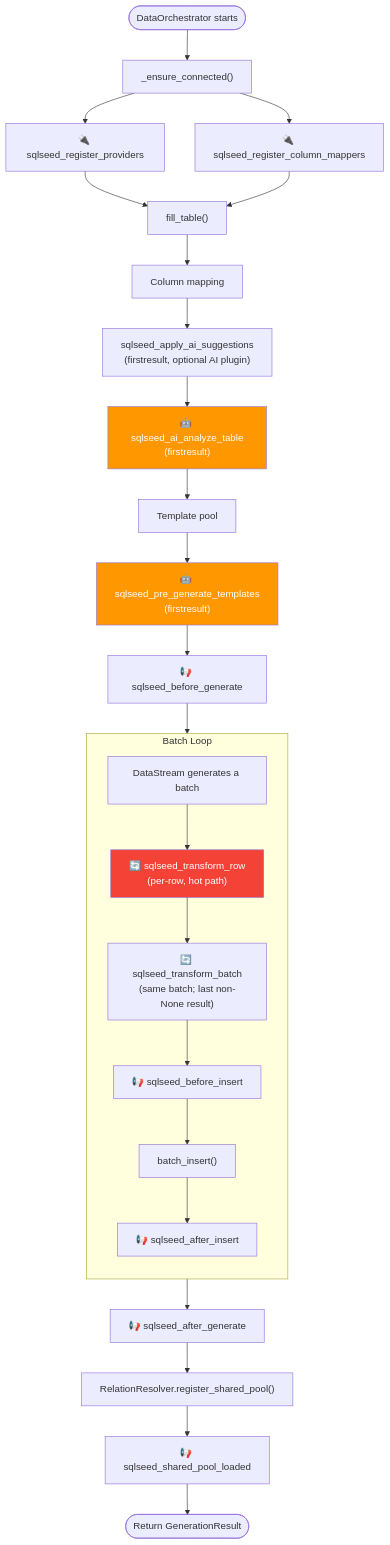
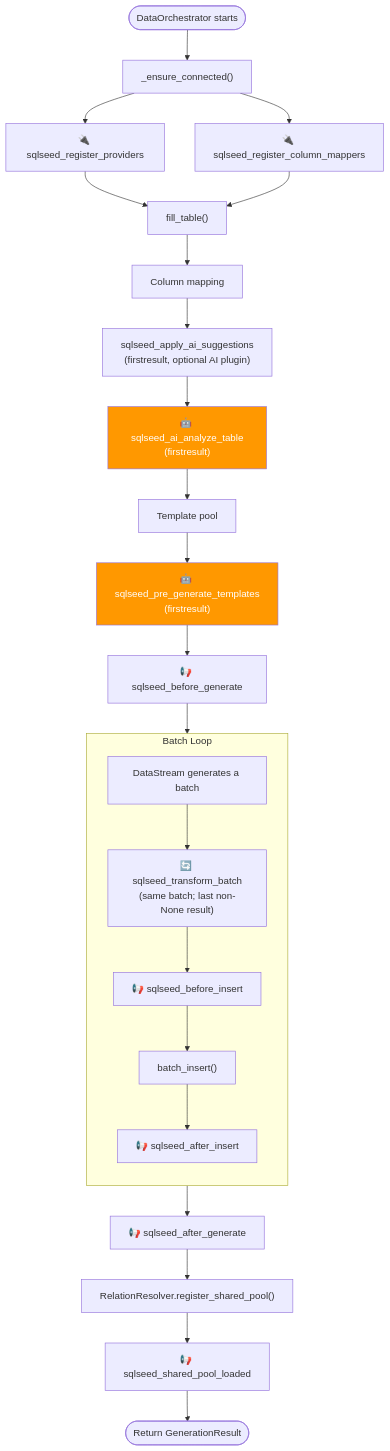
One commit to sunbos/sqlseed changed the eighth of 12 diagrams in docs/architecture.md. Above: the diagram before and after it, drawn with Mermaid. The commit also changed other lines of this file and 42 other files, not shown here.

````diff
--- a/docs/architecture.md
+++ b/docs/architecture.md
@@ -493,45 +465,43 @@
 ```mermaid
 flowchart TB
     Start(["DataOrchestrator starts"]) --> Connect
 
     Connect["_ensure_connected()"]
     Connect --> H1["🔌 sqlseed_register_providers"]
     Connect --> H2["🔌 sqlseed_register_column_mappers"]
 
     H1 --> Fill["fill_table()"]
     H2 --> Fill
 
     Fill --> Mapping["Column mapping"]
     Mapping --> Mediation["sqlseed_apply_ai_suggestions<br/>(firstresult, optional AI plugin)"]
     Mediation --> H3["🤖 sqlseed_ai_analyze_table<br/>(firstresult)"]
 
     H3 --> Template["Template pool"]
     Template --> H4["🤖 sqlseed_pre_generate_templates<br/>(firstresult)"]
 
     H4 --> H5["📢 sqlseed_before_generate"]
 
     H5 --> BatchLoop
 
     subgraph BatchLoop["Batch Loop"]
         direction TB
         GenBatch["DataStream generates a batch"]
-        H6["🔄 sqlseed_transform_row<br/>(per-row, hot path)"]
         H7["🔄 sqlseed_transform_batch<br/>(same batch; last non-None result)"]
         H8["📢 sqlseed_before_insert"]
         Insert["batch_insert()"]
         H9["📢 sqlseed_after_insert"]
 
-        GenBatch --> H6 --> H7 --> H8 --> Insert --> H9
+        GenBatch --> H7 --> H8 --> Insert --> H9
     end
 
     BatchLoop --> H10["📢 sqlseed_after_generate"]
 
     H10 --> RegisterPool["RelationResolver.register_shared_pool()"]
     RegisterPool --> H11["📢 sqlseed_shared_pool_loaded"]
 
     H11 --> Done(["Return GenerationResult"])
 
     style H3 fill:#FF9800,color:#fff
     style H4 fill:#FF9800,color:#fff
-    style H6 fill:#F44336,color:#fff
 ```
````
